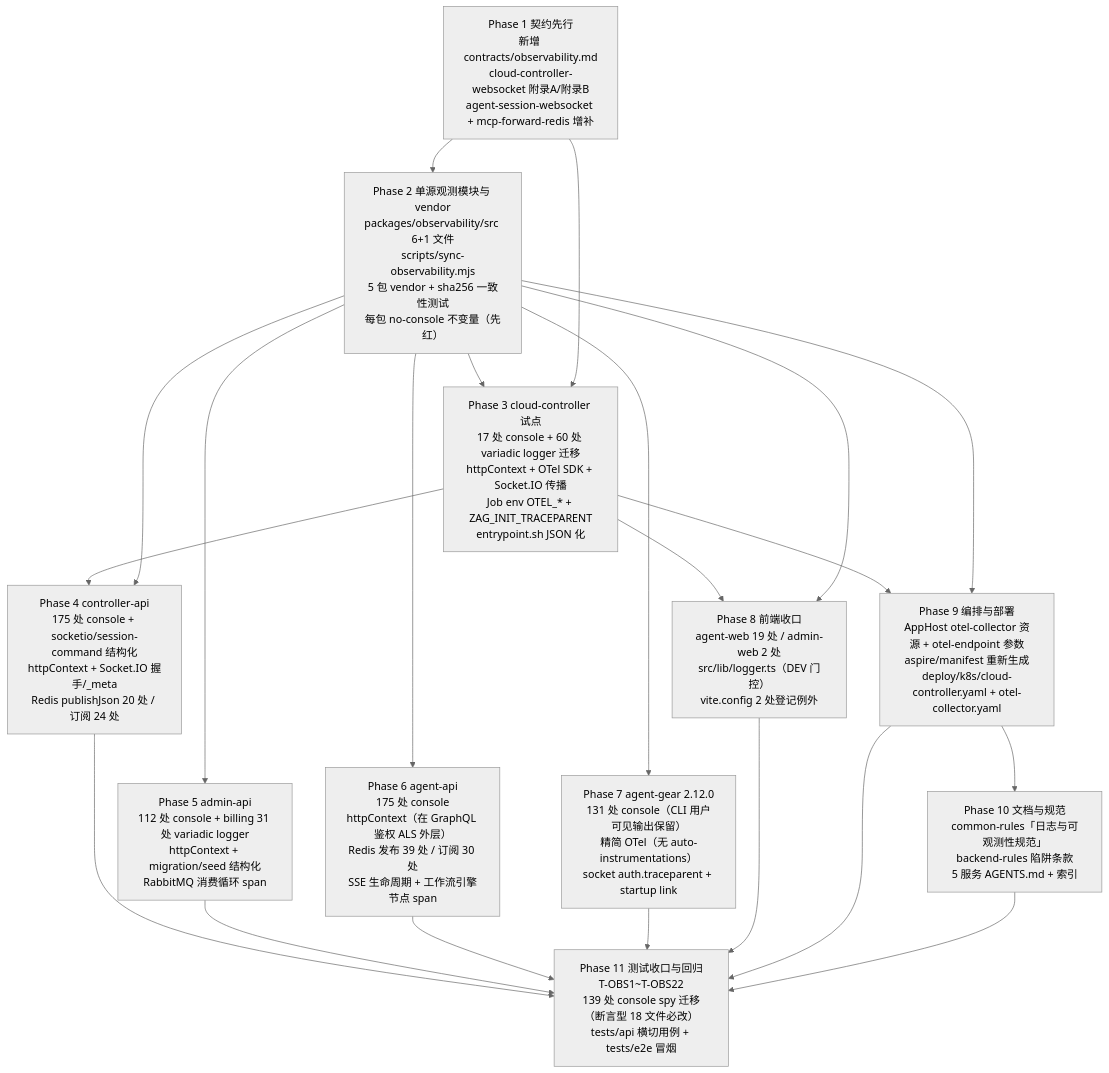
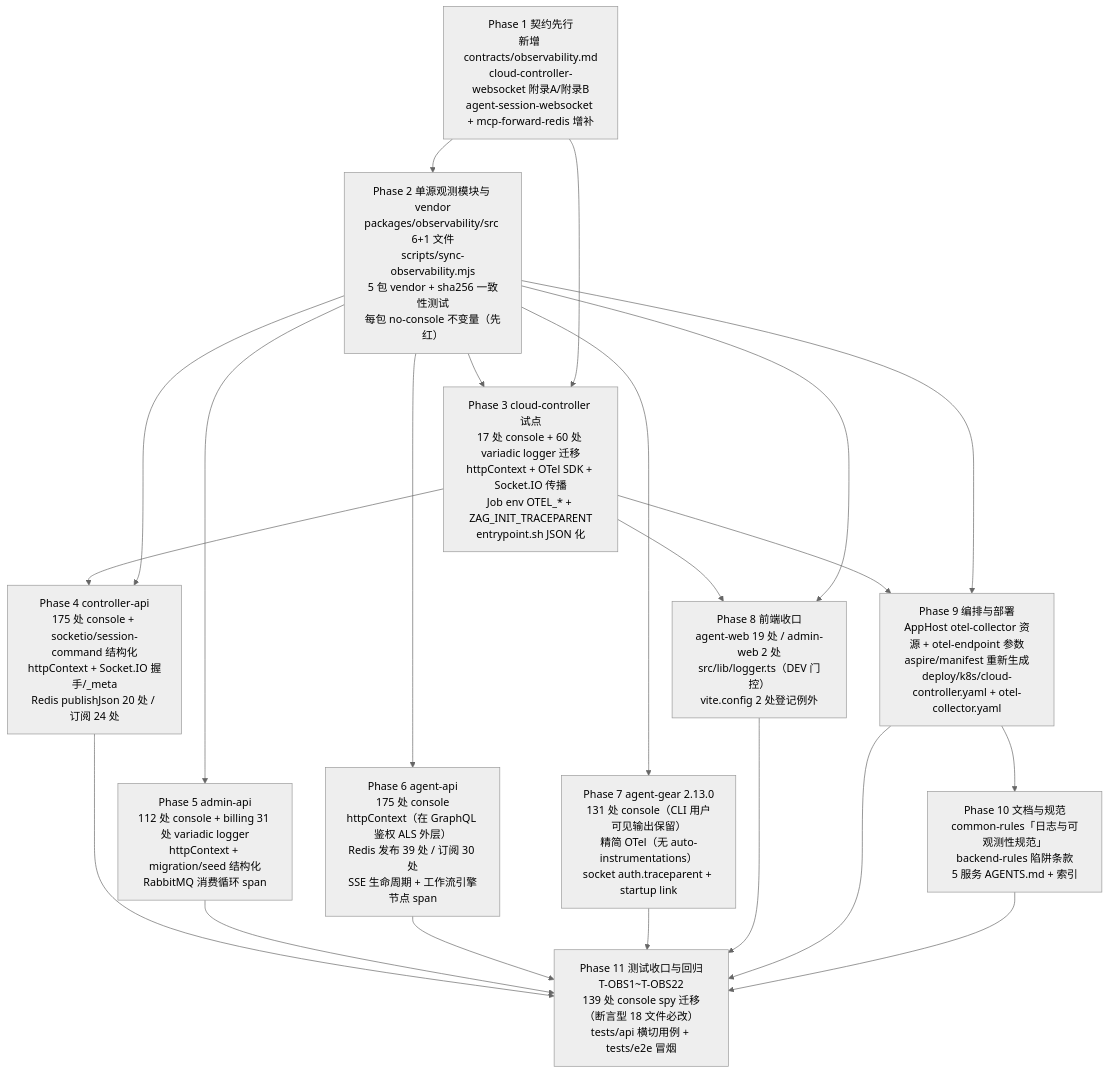
Before and after one commit to Deliay/z-agent-gear: the first of 2 diagrams in docs/engineering/plan/20261030-feat-unified-logging-and-otel.md, drawn with Mermaid (neutral theme). The commit also changed other lines of this file and 1 other file, not shown here.

Commit message:
docs(plan): 实现计划 v1.1——agent-gear 版本顺延 2.13.0 与 main 漂移登记（Issue #376）

````diff
--- a/docs/engineering/plan/20261030-feat-unified-logging-and-otel.md
+++ b/docs/engineering/plan/20261030-feat-unified-logging-and-otel.md
@@ -21,24 +22,24 @@
 ```mermaid
 flowchart TD
     P1["Phase 1 契约先行<br/>新增 contracts/observability.md<br/>cloud-controller-websocket 附录A/附录B<br/>agent-session-websocket + mcp-forward-redis 增补"] --> P2
     P2["Phase 2 单源观测模块与 vendor<br/>packages/observability/src 6+1 文件<br/>scripts/sync-observability.mjs<br/>5 包 vendor + sha256 一致性测试<br/>每包 no-console 不变量（先红）"] --> P3
     P1 --> P3
     P3["Phase 3 cloud-controller 试点<br/>17 处 console + 60 处 variadic logger 迁移<br/>httpContext + OTel SDK + Socket.IO 传播<br/>Job env OTEL_* + ZAG_INIT_TRACEPARENT<br/>entrypoint.sh JSON 化"] --> P4
     P2 --> P4
     P2 --> P5
     P2 --> P6
     P2 --> P7
     P4["Phase 4 controller-api<br/>175 处 console + socketio/session-command 结构化<br/>httpContext + Socket.IO 握手/_meta<br/>Redis publishJson 20 处 / 订阅 24 处"] --> P11
     P5["Phase 5 admin-api<br/>112 处 console + billing 31 处 variadic logger<br/>httpContext + migration/seed 结构化<br/>RabbitMQ 消费循环 span"] --> P11
     P6["Phase 6 agent-api<br/>175 处 console<br/>httpContext（在 GraphQL 鉴权 ALS 外层）<br/>Redis 发布 39 处 / 订阅 30 处<br/>SSE 生命周期 + 工作流引擎节点 span"] --> P11
-    P7["Phase 7 agent-gear 2.12.0<br/>131 处 console（CLI 用户可见输出保留）<br/>精简 OTel（无 auto-instrumentations）<br/>socket auth.traceparent + startup link"] --> P11
+    P7["Phase 7 agent-gear 2.13.0<br/>131 处 console（CLI 用户可见输出保留）<br/>精简 OTel（无 auto-instrumentations）<br/>socket auth.traceparent + startup link"] --> P11
     P3 --> P8
     P2 --> P8
     P8["Phase 8 前端收口<br/>agent-web 19 处 / admin-web 2 处<br/>src/lib/logger.ts（DEV 门控）<br/>vite.config 2 处登记例外"] --> P11
     P3 --> P9
     P2 --> P9
     P9["Phase 9 编排与部署<br/>AppHost otel-collector 资源 + otel-endpoint 参数<br/>aspire/manifest 重新生成<br/>deploy/k8s/cloud-controller.yaml + otel-collector.yaml"] --> P11
     P9 --> P10
     P10["Phase 10 文档与规范<br/>common-rules「日志与可观测性规范」<br/>backend-rules 陷阱条款<br/>5 服务 AGENTS.md + 索引"] --> P11
     P11["Phase 11 测试收口与回归<br/>T-OBS1~T-OBS22<br/>139 处 console spy 迁移（断言型 18 文件必改）<br/>tests/api 横切用例 + tests/e2e 冒烟"]
 ```
````
